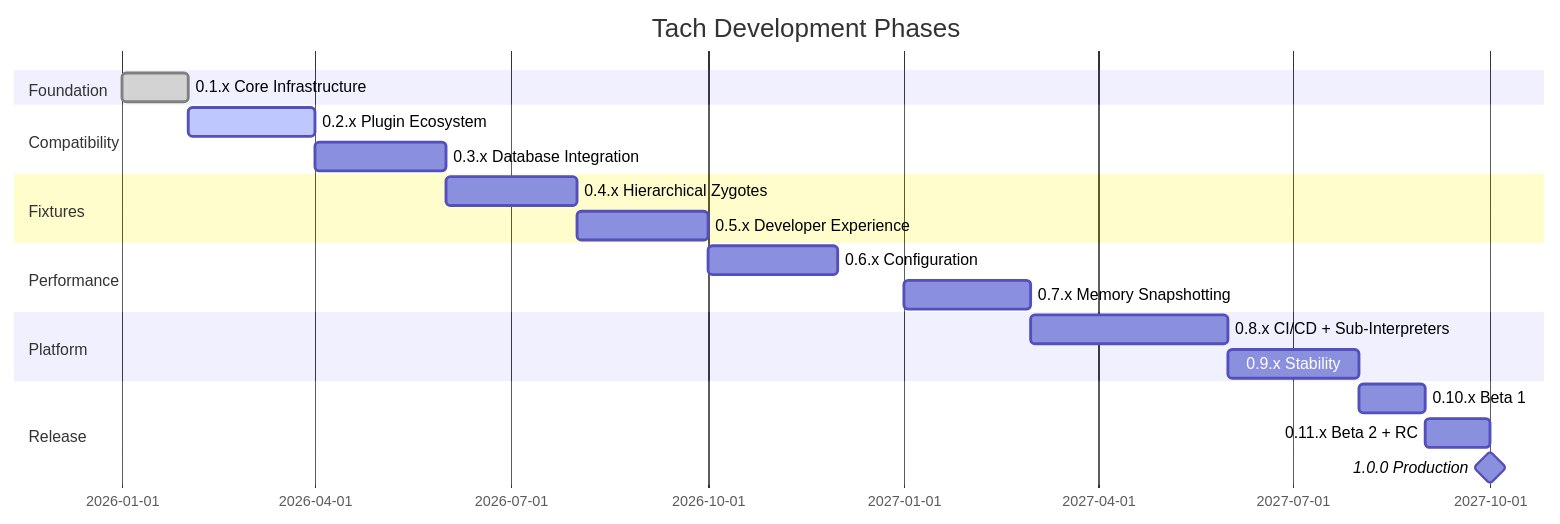
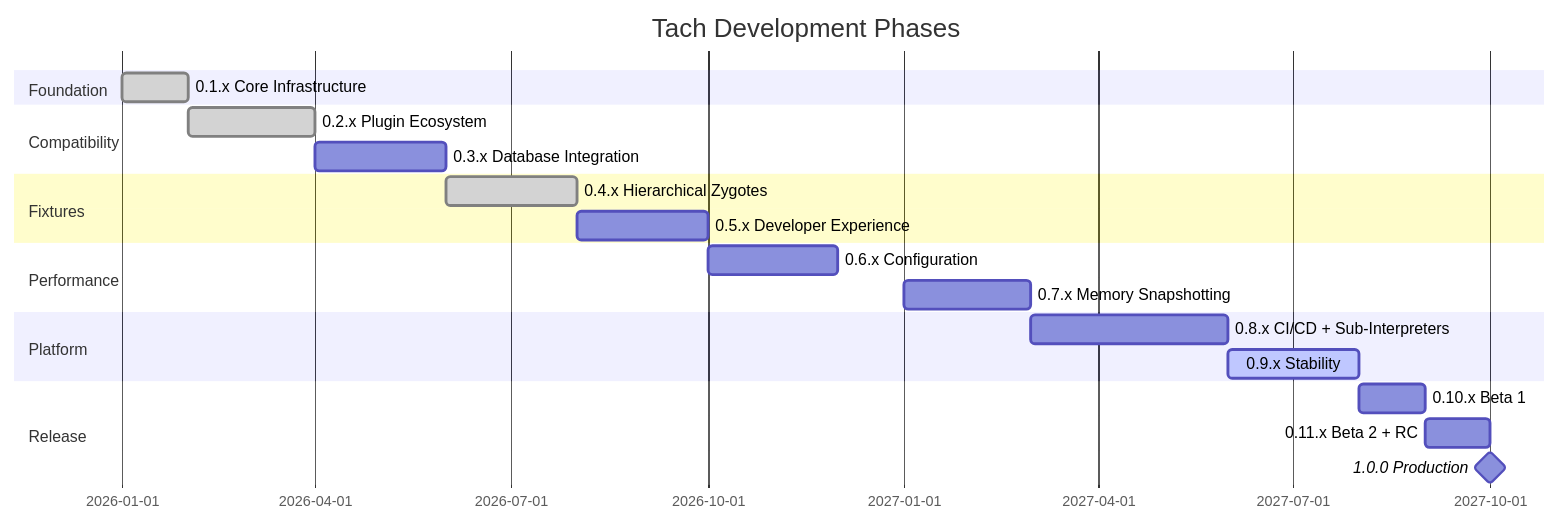
The first of 2 diagrams in docs/research/roadmap.md (NikkeTryHard/tach-core), drawn with Mermaid before and after one commit. The commit also changed other lines of this file and 1 other file, not shown here.

First line of the commit message:
docs: update roadmap and changelog for v0.9.0 features

````diff
--- a/docs/research/roadmap.md
+++ b/docs/research/roadmap.md
@@ -11,23 +11,23 @@
 ```mermaid
 gantt
     title Tach Development Phases
     dateFormat  YYYY-MM
     section Foundation
     0.1.x Core Infrastructure    :done, 2026-01, 2026-02
     section Compatibility
-    0.2.x Plugin Ecosystem       :active, 2026-02, 2026-04
+    0.2.x Plugin Ecosystem       :done, 2026-02, 2026-04
     0.3.x Database Integration   :2026-04, 2026-06
     section Fixtures
-    0.4.x Hierarchical Zygotes   :2026-06, 2026-08
+    0.4.x Hierarchical Zygotes   :done, 2026-06, 2026-08
     0.5.x Developer Experience   :2026-08, 2026-10
     section Performance
     0.6.x Configuration          :2026-10, 2026-12
     0.7.x Memory Snapshotting    :2027-01, 2027-03
     section Platform
     0.8.x CI/CD + Sub-Interpreters :2027-03, 2027-06
-    0.9.x Stability              :2027-06, 2027-08
+    0.9.x Stability              :active, 2027-06, 2027-08
     section Release
     0.10.x Beta 1                :2027-08, 2027-09
     0.11.x Beta 2 + RC           :2027-09, 2027-10
     1.0.0 Production             :milestone, 2027-10, 0d
 ```
````
